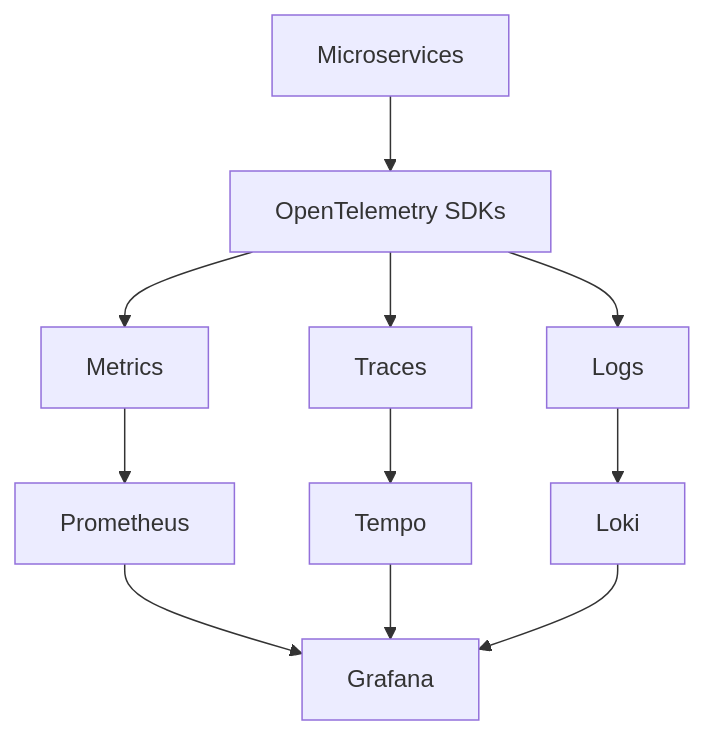
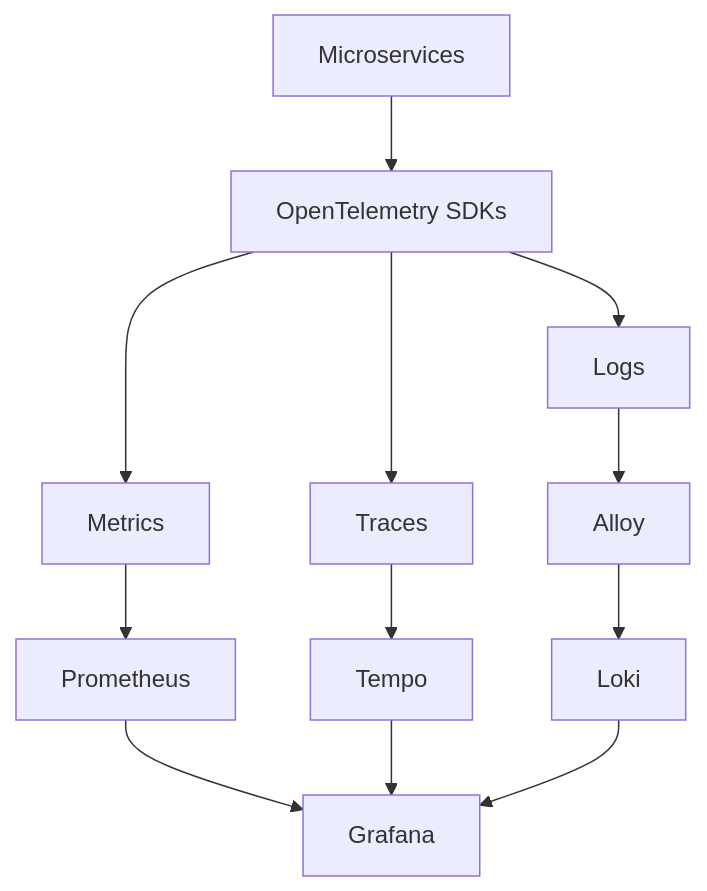
Before and after one commit to raphaeldiscky/go-micro-commerce: diagram 15 of 16 in README.md, drawn with Mermaid. The commit also changed other lines of this file and 12 other files, not shown here.

````diff
--- a/README.md
+++ b/README.md
@@ -577,13 +580,14 @@
 ```mermaid
 graph TD
   A[Microservices] --> B[OpenTelemetry SDKs]
   B --> C[Metrics]
   B --> D[Traces]
   B --> E[Logs]
   C --> F[Prometheus]
   D --> G[Tempo]
-  E --> H[Loki]
-  F --> I[Grafana]
-  G --> I
-  H --> I
+  E --> H[Alloy]
+  H --> I[Loki]
+  F --> J[Grafana]
+  G --> J
+  I --> J
 ```
````
